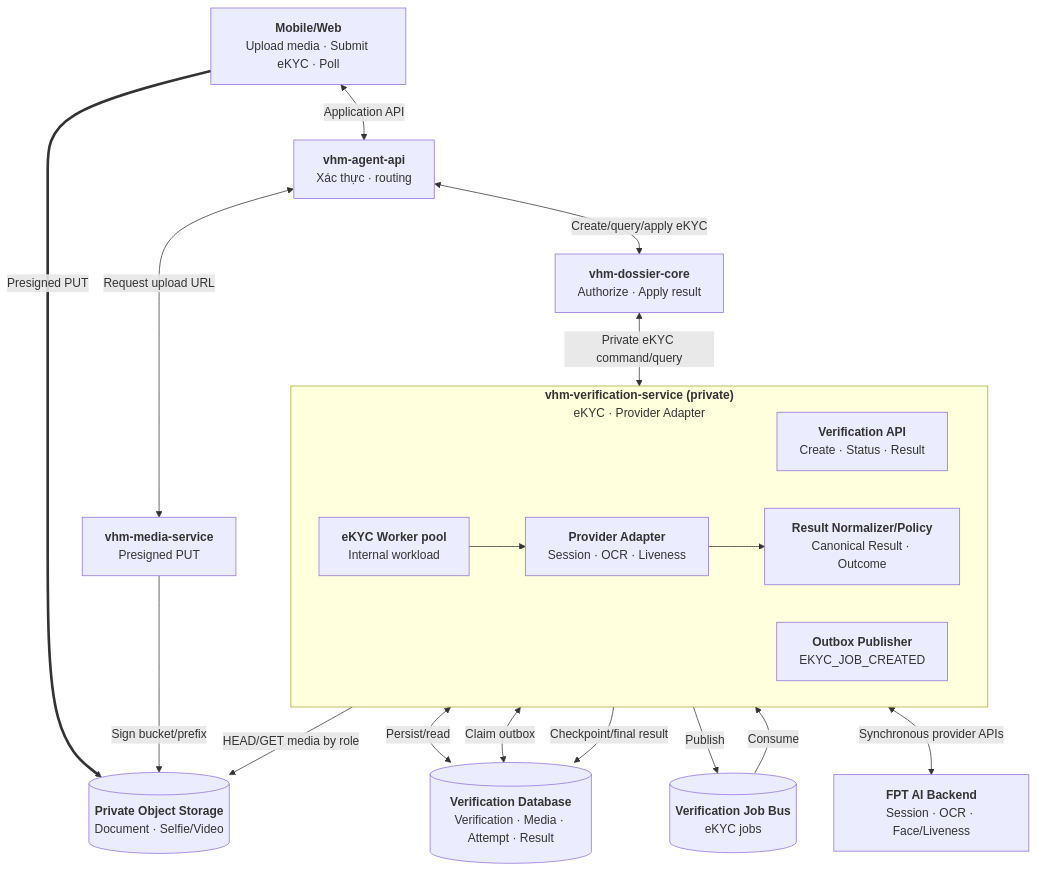
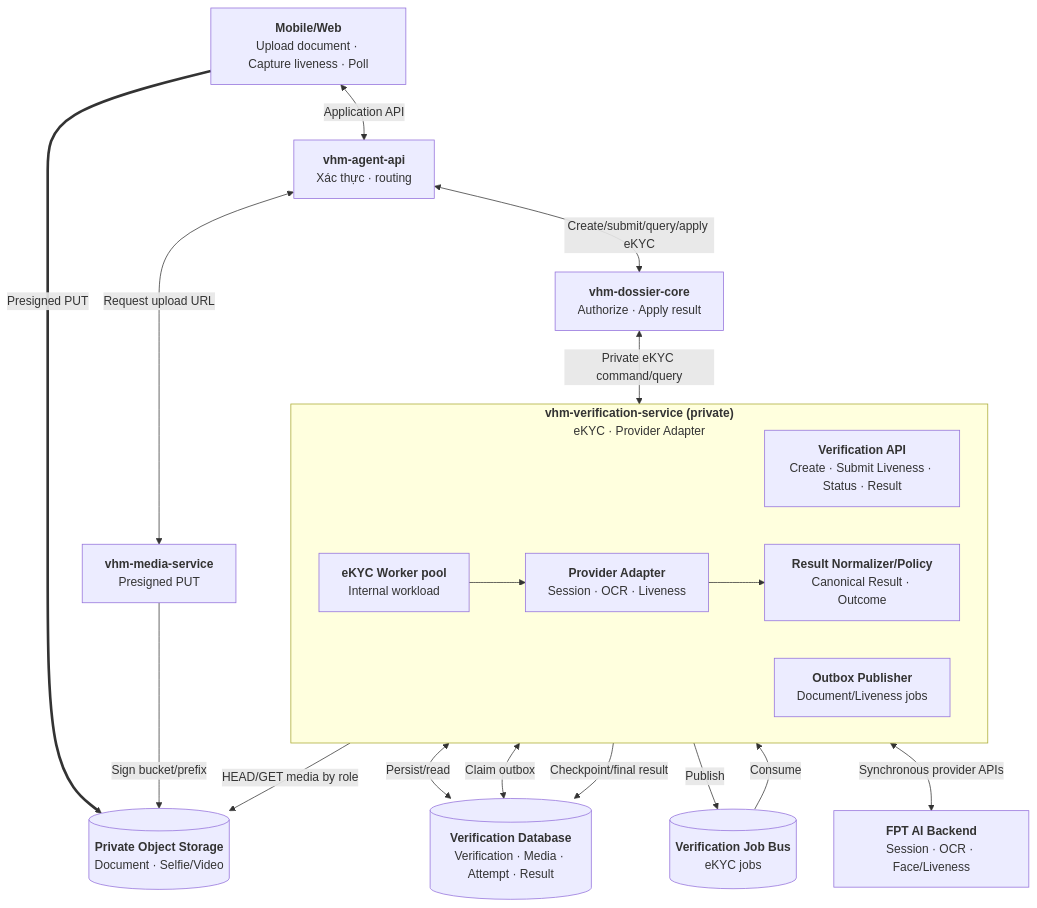
One commit to huynv-xyz/vhm changed the fifth of 8 diagrams in noxh-ekyc.md. Above: the diagram before and after it, drawn with Mermaid. The commit also changed other lines of this file, not shown here.

````diff
--- a/noxh-ekyc.md
+++ b/noxh-ekyc.md
@@ -278,51 +282,51 @@
 ```mermaid
 flowchart TB
     CLIENT["`**Mobile/Web**
-Upload media · Submit eKYC · Poll`"]
+Upload document · Capture liveness · Poll`"]
     BFF["`**vhm-agent-api**
 Xác thực · routing`"]
     DOMAIN["`**vhm-dossier-core**
 Authorize · Apply result`"]
     MEDIA_API["`**vhm-media-service**
 Presigned PUT`"]
     STORAGE[("`**Private Object Storage**
 Document · Selfie/Video`")]
 
     subgraph VERIFY["`**vhm-verification-service (private)**
 eKYC · Provider Adapter`"]
         direction LR
         API["`**Verification API**
-Create · Status · Result`"]
+Create · Submit Liveness · Status · Result`"]
         OUTBOX["`**Outbox Publisher**
-EKYC_JOB_CREATED`"]
+Document/Liveness jobs`"]
         WORKER["`**eKYC Worker pool**
 Internal workload`"]
         ADAPTER["`**Provider Adapter**
 Session · OCR · Liveness`"]
         POLICY["`**Result Normalizer/Policy**
 Canonical Result · Outcome`"]
 
         WORKER --> ADAPTER --> POLICY
     end
 
     BUS[("`**Verification Job Bus**
 eKYC jobs`")]
     FPT["`**FPT AI Backend**
 Session · OCR · Face/Liveness`"]
     DB[("`**Verification Database**
 Verification · Media · Attempt · Result`")]
 
     CLIENT <-->|"Application API"| BFF
     BFF <-->|"Request upload URL"| MEDIA_API
     CLIENT ==>|"Presigned PUT"| STORAGE
     MEDIA_API -->|"Sign bucket/prefix"| STORAGE
-    BFF <-->|"Create/query/apply eKYC"| DOMAIN
+    BFF <-->|"Create/submit/query/apply eKYC"| DOMAIN
     DOMAIN <-->|"Private eKYC command/query"| API
     API <-->|"Persist/read"| DB
     OUTBOX <-->|"Claim outbox"| DB
     OUTBOX -->|"Publish"| BUS
     BUS -->|"Consume"| WORKER
     WORKER -->|"HEAD/GET media by role"| STORAGE
     ADAPTER <-->|"Synchronous provider APIs"| FPT
     POLICY -->|"Checkpoint/final result"| DB
 ```
````
